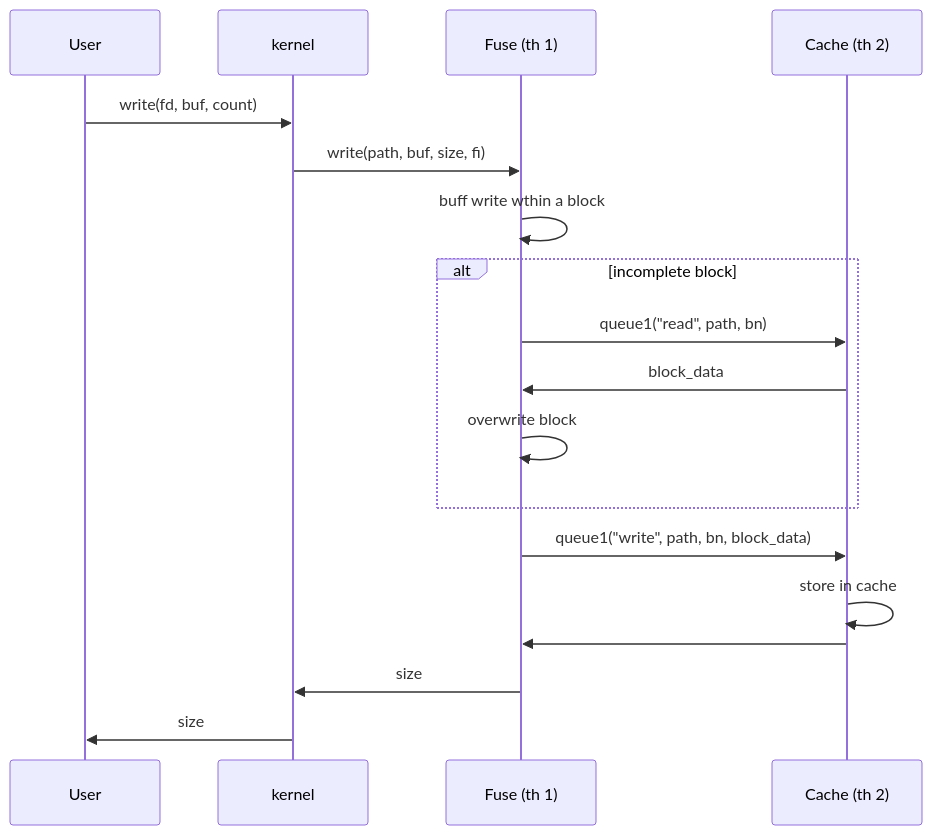
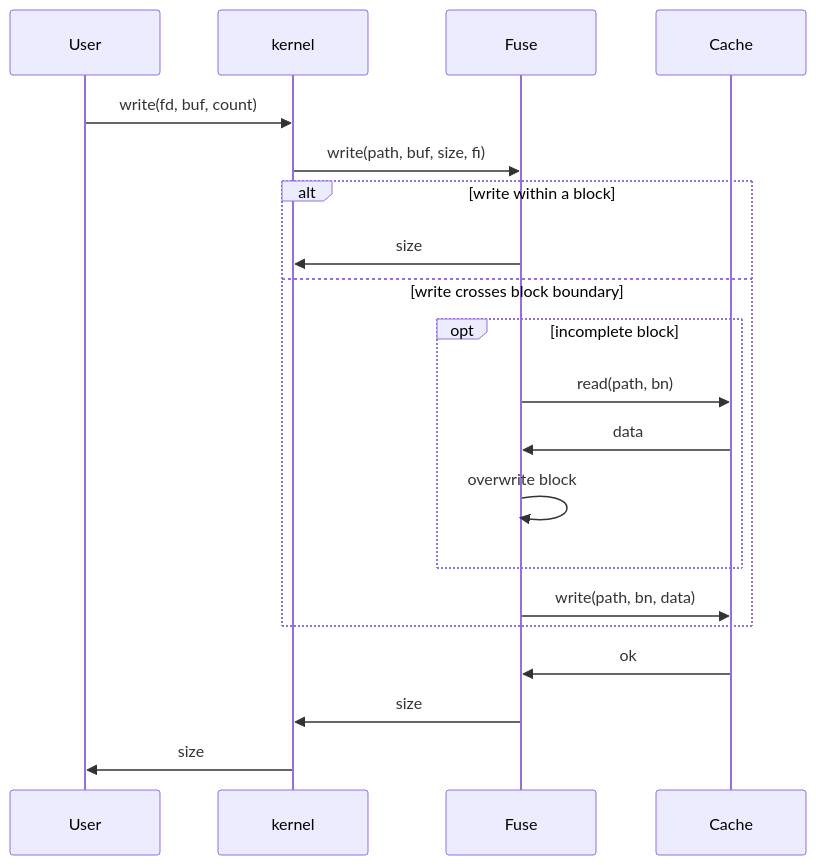
The third of 5 diagrams in fuse.md (wangnangg/NetFS), drawn with Mermaid before and after one commit. The commit also changed other lines of this file and 774 other files, not shown here.

````diff
--- a/fuse.md
+++ b/fuse.md
@@ -173,21 +175,23 @@
 ```mermaid
 sequenceDiagram
     participant U as User
     participant K as kernel
-    participant F as Fuse (th 1)
-    participant C as Cache (th 2)
+    participant F as Fuse
+    participant C as Cache
     U->>K: write(fd, buf, count)
     K->>F: write(path, buf, size, fi)
-    F->>F: buff write  wthin a block
-    alt incomplete block
-    F->>C: queue1("read", path, bn)
-    C->>F: block_data
+    alt write within a block
+    F->>K: size
+    else write crosses block boundary
+    opt incomplete block
+    F->>C: read(path, bn)
+    C->>F: data
     F->>F: overwrite block
     end
-    F->>C: queue1("write", path, bn, block_data)
-    C->>C: store in cache
-    C->>F: 
+    F->>C: write(path, bn, data)
+    end
+    C->>F: ok
     F->>K: size
     K->>U: size
     
 ```
````
